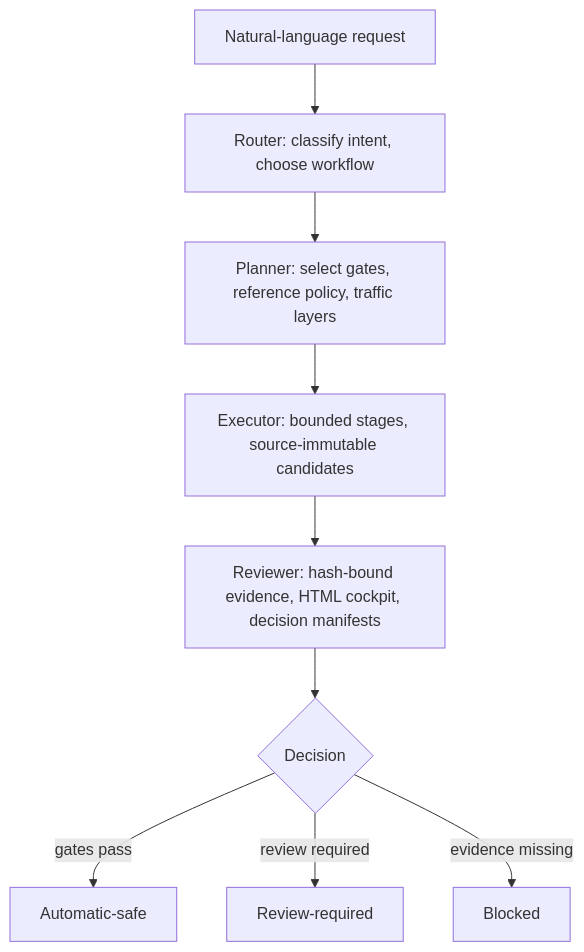
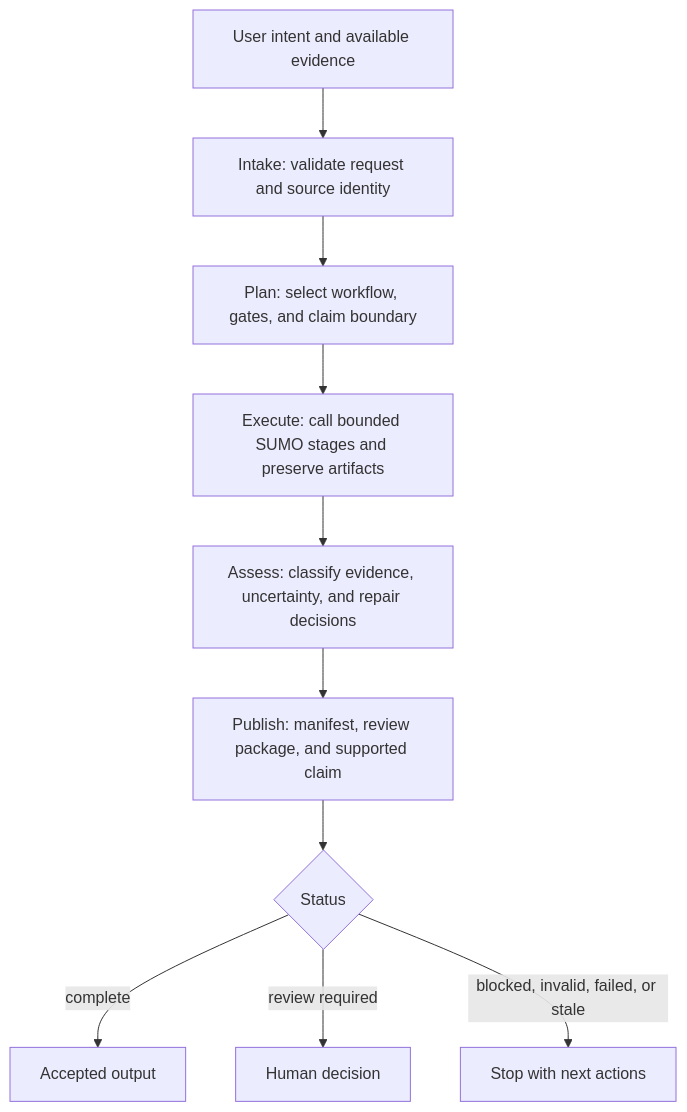
Before and after one commit to Tarard/Torii-SUMO: the diagram in README.md, drawn with Mermaid. The commit also changed other lines of this file and 51 other files, not shown here.

Commit message:
Add evidence-bound resumable workflow contracts

````diff
--- a/README.md
+++ b/README.md
@@ -33,11 +34,12 @@
 ```mermaid
 flowchart TD
-    A["Natural-language request"] --> B["Router: classify intent, choose workflow"]
-    B --> C["Planner: select gates, reference policy, traffic layers"]
-    C --> D["Executor: bounded stages, source-immutable candidates"]
-    D --> E["Reviewer: hash-bound evidence, HTML cockpit, decision manifests"]
-    E --> F{Decision}
-    F -->|"gates pass"| G["Automatic-safe"]
-    F -->|"review required"| H["Review-required"]
-    F -->|"evidence missing"| I["Blocked"]
+    A["User intent and available evidence"] --> B["Intake: validate request and source identity"]
+    B --> C["Plan: select workflow, gates, and claim boundary"]
+    C --> D["Execute: call bounded SUMO stages and preserve artifacts"]
+    D --> E["Assess: classify evidence, uncertainty, and repair decisions"]
+    E --> F["Publish: manifest, review package, and supported claim"]
+    F --> G{Status}
+    G -->|"complete"| H["Accepted output"]
+    G -->|"review required"| I["Human decision"]
+    G -->|"blocked, invalid, failed, or stale"| J["Stop with next actions"]
 ```
````
